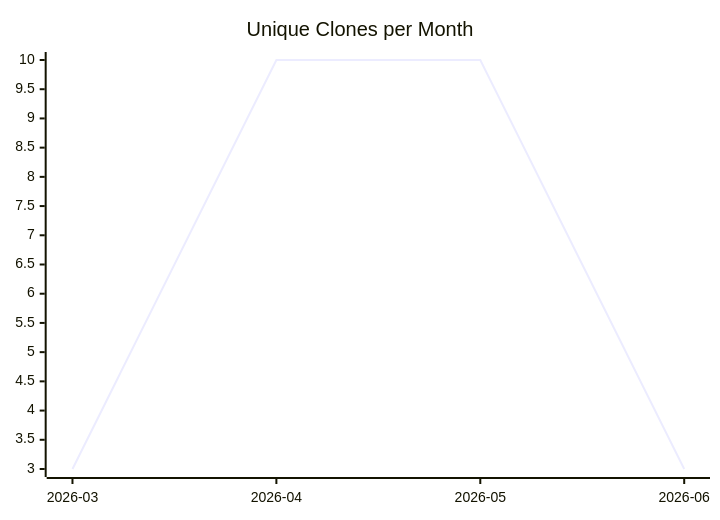
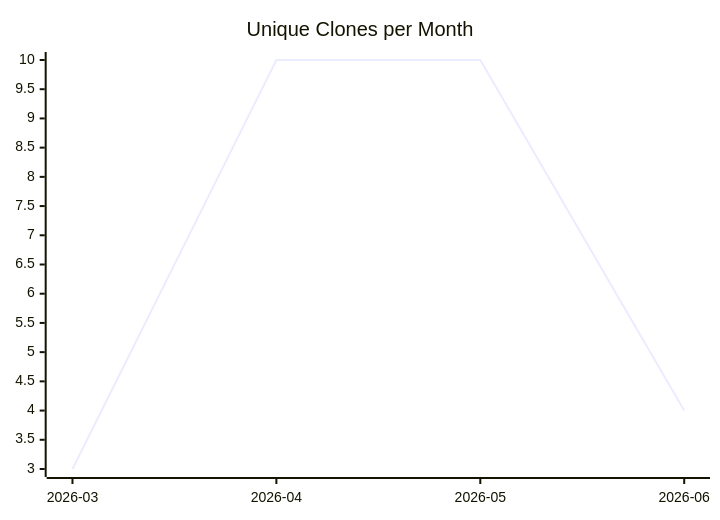
The third of 3 diagrams in karlmdavis/can-i-kayak-baltimore/README.md (justdavis-family/github-analytics-data), drawn with Mermaid before and after one commit. The commit also changed other lines of this file and 196 other files, not shown here.

````diff
--- a/karlmdavis/can-i-kayak-baltimore/README.md
+++ b/karlmdavis/can-i-kayak-baltimore/README.md
@@ -19,6 +19,6 @@
 ```mermaid
 xychart-beta
   title "Unique Clones per Month"
   x-axis ["2026-03", "2026-04", "2026-05", "2026-06"]
-  line [3, 10, 10, 3]
+  line [3, 10, 10, 4]
 ```
````
